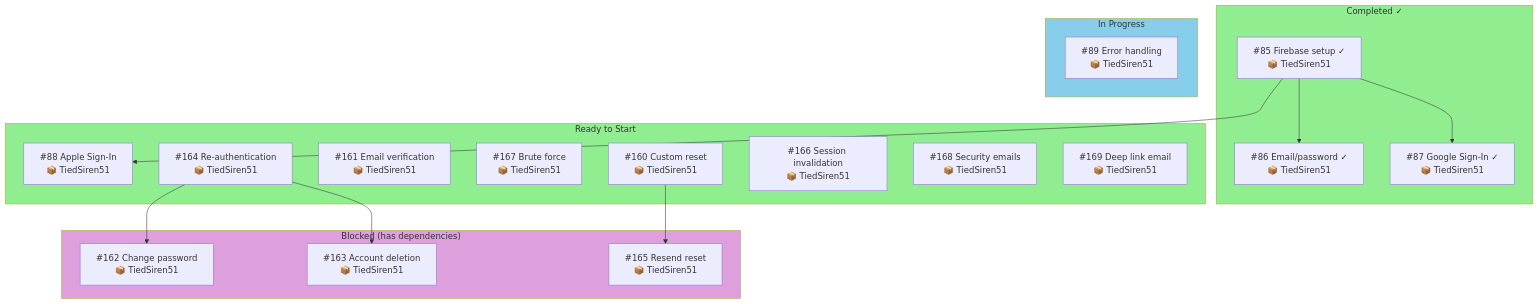
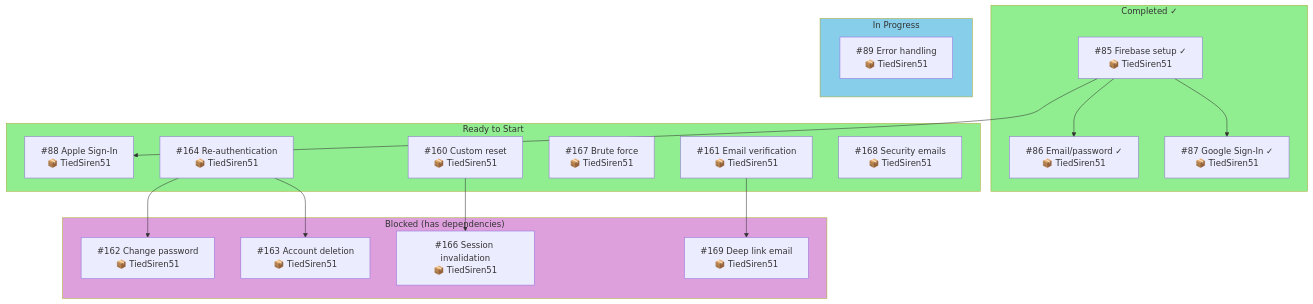
Before and after one commit to amehmeto/TiedSiren51: the fifth of 6 diagrams in docs/dependency-graph.md, drawn with Mermaid. The commit also changed other lines of this file and 38 other files, not shown here.

````diff
--- a/docs/dependency-graph.md
+++ b/docs/dependency-graph.md
@@ -165,42 +165,42 @@
 ```mermaid
 flowchart TD
     subgraph DONE["Completed ✓"]
         I85["#85 Firebase setup ✓<br/>📦 TiedSiren51"]
         I86["#86 Email/password ✓<br/>📦 TiedSiren51"]
         I87["#87 Google Sign-In ✓<br/>📦 TiedSiren51"]
     end
 
     subgraph INPROG["In Progress"]
         I89["#89 Error handling<br/>📦 TiedSiren51"]
     end
 
     subgraph TODO["Ready to Start"]
         I88["#88 Apple Sign-In<br/>📦 TiedSiren51"]
         I164["#164 Re-authentication<br/>📦 TiedSiren51"]
         I161["#161 Email verification<br/>📦 TiedSiren51"]
         I167["#167 Brute force<br/>📦 TiedSiren51"]
         I160["#160 Custom reset<br/>📦 TiedSiren51"]
-        I166["#166 Session invalidation<br/>📦 TiedSiren51"]
         I168["#168 Security emails<br/>📦 TiedSiren51"]
-        I169["#169 Deep link email<br/>📦 TiedSiren51"]
     end
 
     subgraph DEPENDS["Blocked (has dependencies)"]
         I162["#162 Change password<br/>📦 TiedSiren51"]
         I163["#163 Account deletion<br/>📦 TiedSiren51"]
-        I165["#165 Resend reset<br/>📦 TiedSiren51"]
+        I166["#166 Session invalidation<br/>📦 TiedSiren51"]
+        I169["#169 Deep link email<br/>📦 TiedSiren51"]
     end
 
     I85 --> I86
     I85 --> I87
     I85 --> I88
 
     I164 --> I162
     I164 --> I163
-    I160 --> I165
+    I160 --> I166
+    I161 --> I169
 
     style DONE fill:#90EE90
     style INPROG fill:#87CEEB
     style TODO fill:#90EE90
     style DEPENDS fill:#DDA0DD
 ```
````
